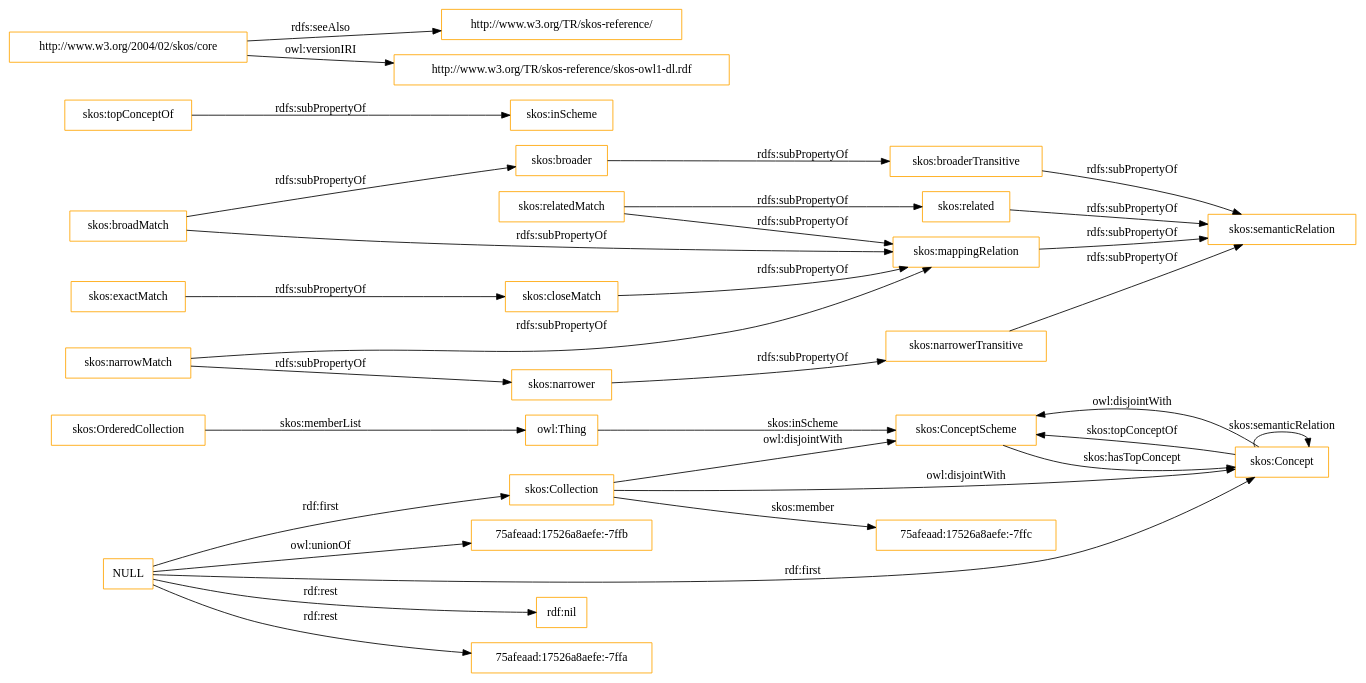
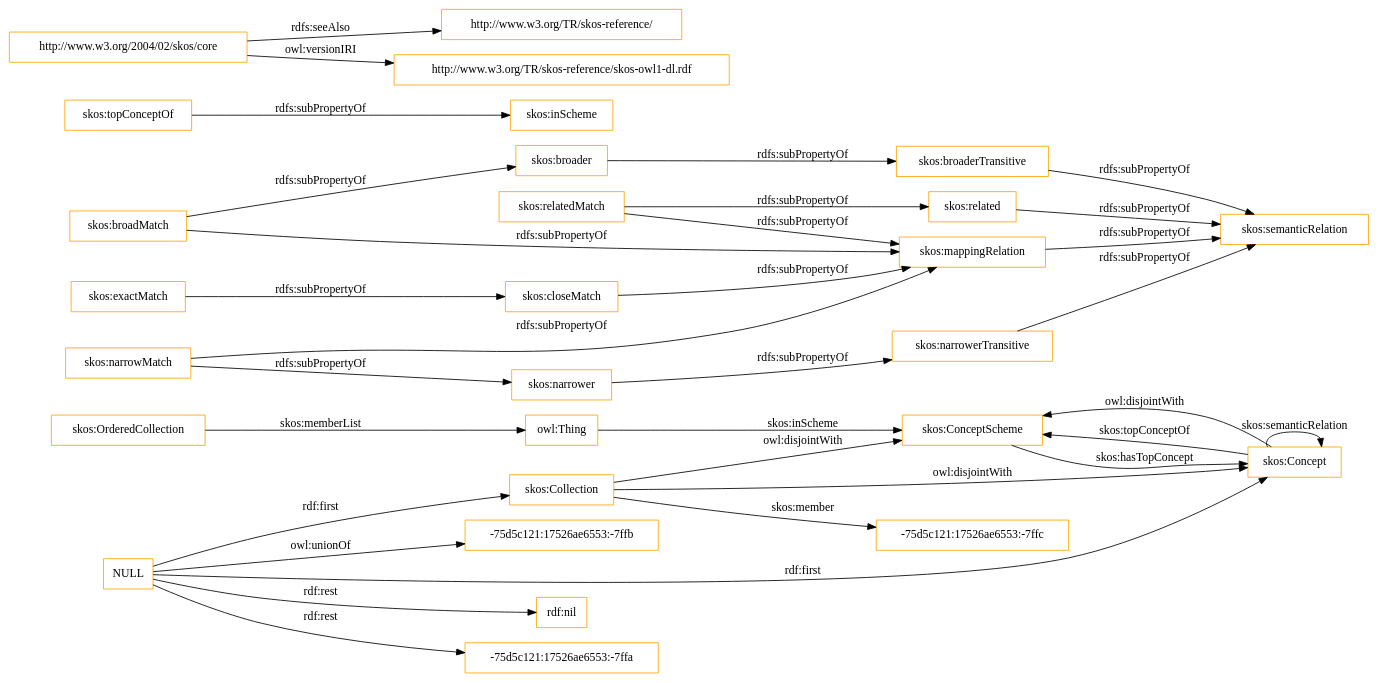
One commit to OnToologyUser/core-ontology-1 changed the diagram in OnToology/imports/skos.owl/diagrams/ar2dtool-class/skos.owl.png.dot. Above: the diagram before and after it, drawn with Graphviz. The commit also changed 14 other files, not shown here.

```diff
--- a/OnToology/imports/skos.owl/diagrams/ar2dtool-class/skos.owl.png.dot
+++ b/OnToology/imports/skos.owl/diagrams/ar2dtool-class/skos.owl.png.dot
@@ -1,37 +1,37 @@
 digraph ar2dtool_diagram { 
 rankdir=LR;
 size="1501"
-node [shape = rectangle, color="orange"]; "skos:OrderedCollection" "skos:ConceptScheme" "skos:Concept" "skos:Collection" "75afeaad:17526a8aefe:-7ffc" ; /*classes style*/
+node [shape = rectangle, color="orange"]; "skos:OrderedCollection" "skos:ConceptScheme" "skos:Concept" "skos:Collection" "-75d5c121:17526ae6553:-7ffc" ; /*classes style*/
 	"skos:narrowerTransitive" -> "skos:semanticRelation" [ label = "rdfs:subPropertyOf" ];
 	"NULL" -> "rdf:nil" [ label = "rdf:rest" ];
 	"NULL" -> "skos:Concept" [ label = "rdf:first" ];
-	"NULL" -> "75afeaad:17526a8aefe:-7ffa" [ label = "rdf:rest" ];
+	"NULL" -> "-75d5c121:17526ae6553:-7ffa" [ label = "rdf:rest" ];
 	"NULL" -> "skos:Collection" [ label = "rdf:first" ];
-	"NULL" -> "75afeaad:17526a8aefe:-7ffb" [ label = "owl:unionOf" ];
+	"NULL" -> "-75d5c121:17526ae6553:-7ffb" [ label = "owl:unionOf" ];
 	"skos:closeMatch" -> "skos:mappingRelation" [ label = "rdfs:subPropertyOf" ];
 	"skos:Concept" -> "skos:ConceptScheme" [ label = "owl:disjointWith" ];
 	"skos:relatedMatch" -> "skos:related" [ label = "rdfs:subPropertyOf" ];
 	"skos:relatedMatch" -> "skos:mappingRelation" [ label = "rdfs:subPropertyOf" ];
 	"skos:related" -> "skos:semanticRelation" [ label = "rdfs:subPropertyOf" ];
 	"skos:topConceptOf" -> "skos:inScheme" [ label = "rdfs:subPropertyOf" ];
 	"skos:broadMatch" -> "skos:mappingRelation" [ label = "rdfs:subPropertyOf" ];
 	"skos:broadMatch" -> "skos:broader" [ label = "rdfs:subPropertyOf" ];
 	"skos:exactMatch" -> "skos:closeMatch" [ label = "rdfs:subPropertyOf" ];
 	"skos:broaderTransitive" -> "skos:semanticRelation" [ label = "rdfs:subPropertyOf" ];
 	"skos:broader" -> "skos:broaderTransitive" [ label = "rdfs:subPropertyOf" ];
 	"skos:mappingRelation" -> "skos:semanticRelation" [ label = "rdfs:subPropertyOf" ];
 	"http://www.w3.org/2004/02/skos/core" -> "http://www.w3.org/TR/skos-reference/" [ label = "rdfs:seeAlso" ];
 	"http://www.w3.org/2004/02/skos/core" -> "http://www.w3.org/TR/skos-reference/skos-owl1-dl.rdf" [ label = "owl:versionIRI" ];
 	"skos:Collection" -> "skos:ConceptScheme" [ label = "owl:disjointWith" ];
 	"skos:Collection" -> "skos:Concept" [ label = "owl:disjointWith" ];
 	"skos:narrower" -> "skos:narrowerTransitive" [ label = "rdfs:subPropertyOf" ];
 	"skos:narrowMatch" -> "skos:narrower" [ label = "rdfs:subPropertyOf" ];
 	"skos:narrowMatch" -> "skos:mappingRelation" [ label = "rdfs:subPropertyOf" ];
 	"skos:OrderedCollection" -> "owl:Thing" [ label = "skos:memberList" ];
 	"skos:Concept" -> "skos:ConceptScheme" [ label = "skos:topConceptOf" ];
 	"skos:Concept" -> "skos:Concept" [ label = "skos:semanticRelation" ];
-	"skos:Collection" -> "75afeaad:17526a8aefe:-7ffc" [ label = "skos:member" ];
+	"skos:Collection" -> "-75d5c121:17526ae6553:-7ffc" [ label = "skos:member" ];
 	"skos:ConceptScheme" -> "skos:Concept" [ label = "skos:hasTopConcept" ];
 	"owl:Thing" -> "skos:ConceptScheme" [ label = "skos:inScheme" ];
 
 }
```
